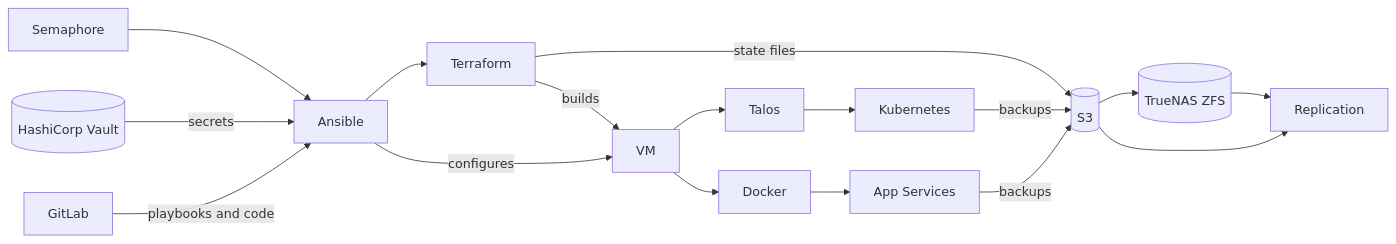
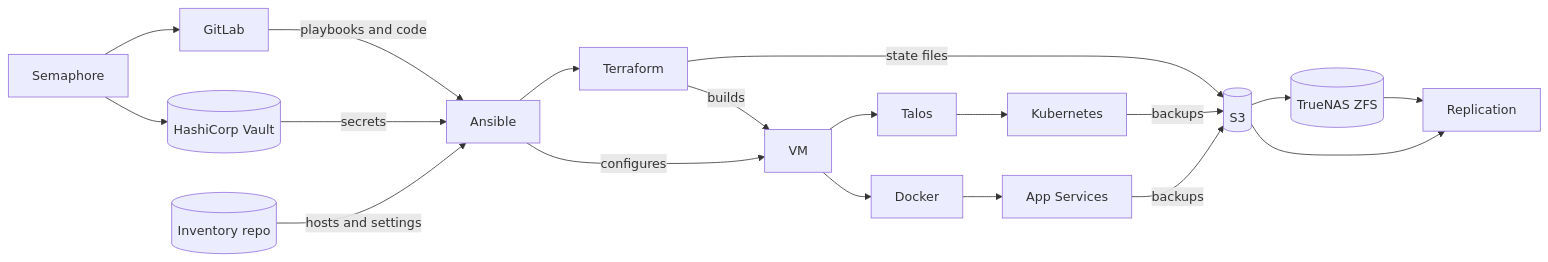
One commit to ColtonDx/Homelab-Github changed the diagram in design.md. Above: the diagram before and after it, drawn with Mermaid. The commit also changed 1 other file, not shown here.

````diff
--- a/design.md
+++ b/design.md
@@ -91,20 +91,21 @@
 ```mermaid
 flowchart LR
-    semaphore[Semaphore] --> ansible[Ansible]
-    vault[(HashiCorp Vault)] -->|secrets| ansible
-    gitlab[GitLab] -->|playbooks and code| ansible
+    semaphore[Semaphore] --> gitlab[GitLab]
+    semaphore --> vault[(HashiCorp Vault)]
+    gitlab -->|playbooks and code| ansible[Ansible]
+    vault -->|secrets| ansible
+    inventory[(Inventory repo)] -->|hosts and settings| ansible
     ansible --> terraform[Terraform]
     terraform -->|state files| s3[(S3)]
     terraform -->|builds| vm[VM]
     ansible -->|configures| vm
     vm --> docker[Docker]
     docker --> apps[App Services]
     vm --> talos[Talos]
     talos --> k8s[Kubernetes]
     k8s -->|backups| s3
     apps -->|backups| s3
     s3 --> zfs[(TrueNAS ZFS)]
     zfs --> replication[Replication]
     s3 --> replication
-
 ```
````
